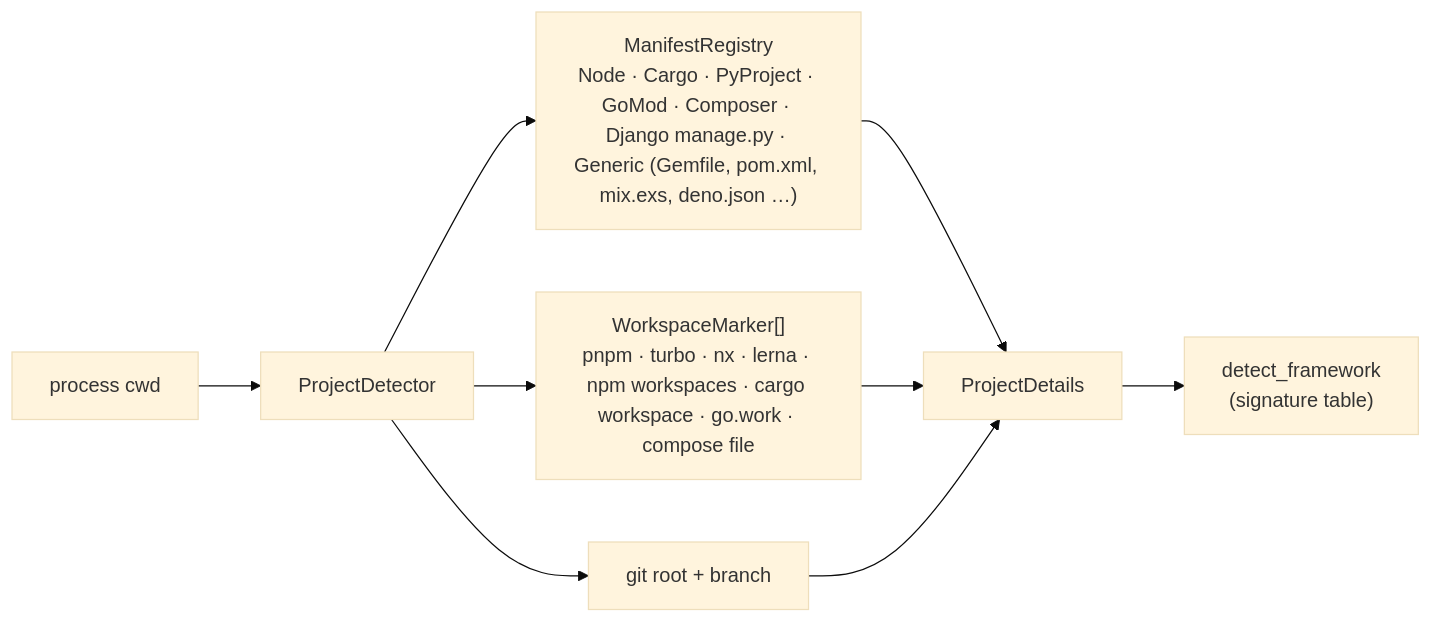
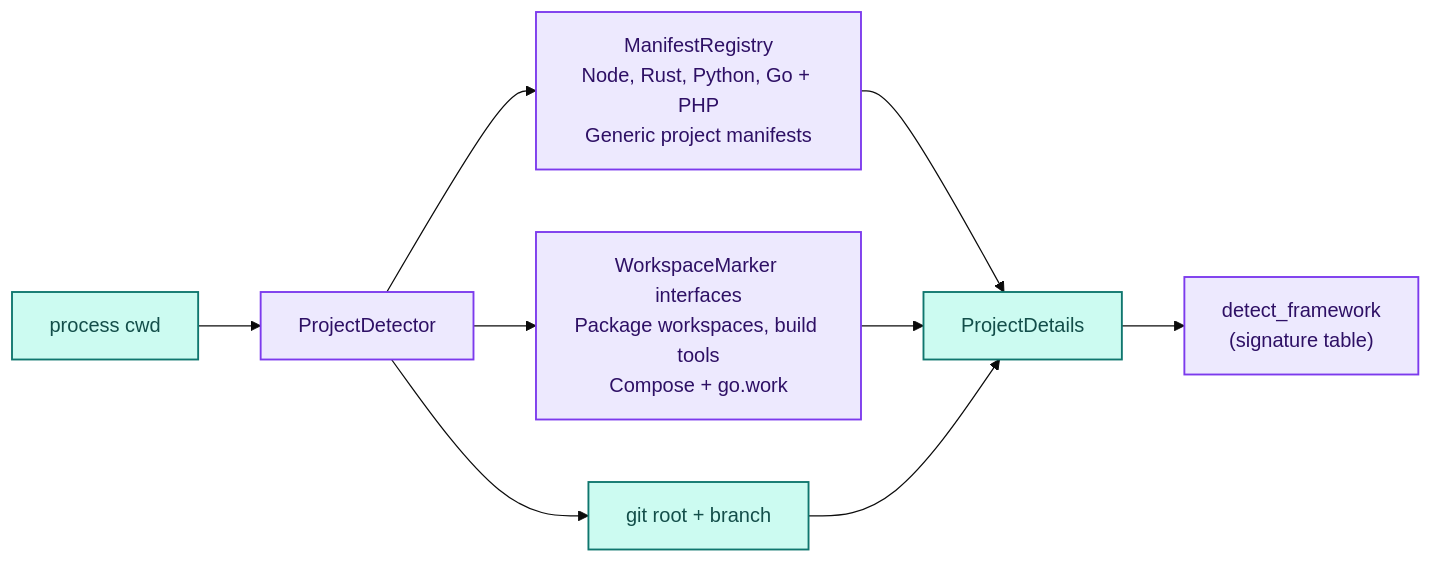
One commit to santoshshinde2012/holdmap changed the sixth of 7 diagrams in docs/architecture.md. Above: the diagram before and after it, drawn with Mermaid (base theme). The commit also changed other lines of this file and 29 other files, not shown here.

First line of the commit message:
Finalize security, architecture documentation and website SEO (#21)

````diff
--- a/docs/architecture.md
+++ b/docs/architecture.md
@@ -241,9 +390,16 @@
 ```mermaid
 flowchart LR
+  accTitle: Extensible project detection
+  accDescr: Working directories feed independent manifest, workspace and Git detectors. Their project details support framework classification.
   CWD["process cwd"] --> PD["ProjectDetector"]
-  PD --> MR["ManifestRegistry<br/>Node · Cargo · PyProject · GoMod · Composer · Django manage.py · Generic (Gemfile, pom.xml, mix.exs, deno.json …)"]
-  PD --> WM["WorkspaceMarker[]<br/>pnpm · turbo · nx · lerna · npm workspaces · cargo workspace · go.work · compose file"]
+  PD --> MR["ManifestRegistry<br/>Node, Rust, Python, Go + PHP<br/>Generic project manifests"]
+  PD --> WM["WorkspaceMarker interfaces<br/>Package workspaces, build tools<br/>Compose + go.work"]
   PD --> GIT["git root + branch"]
   MR & WM & GIT --> PDT["ProjectDetails"]
   PDT --> FW["detect_framework<br/>(signature table)"]
+
+  classDef domain fill:#EDE9FE,stroke:#7C3AED,color:#2E1065,stroke-width:1.5px
+  classDef data fill:#CCFBF1,stroke:#0F766E,color:#134E4A,stroke-width:1.5px
+  class CWD,GIT,PDT data
+  class PD,MR,WM,FW domain
 ```
````
